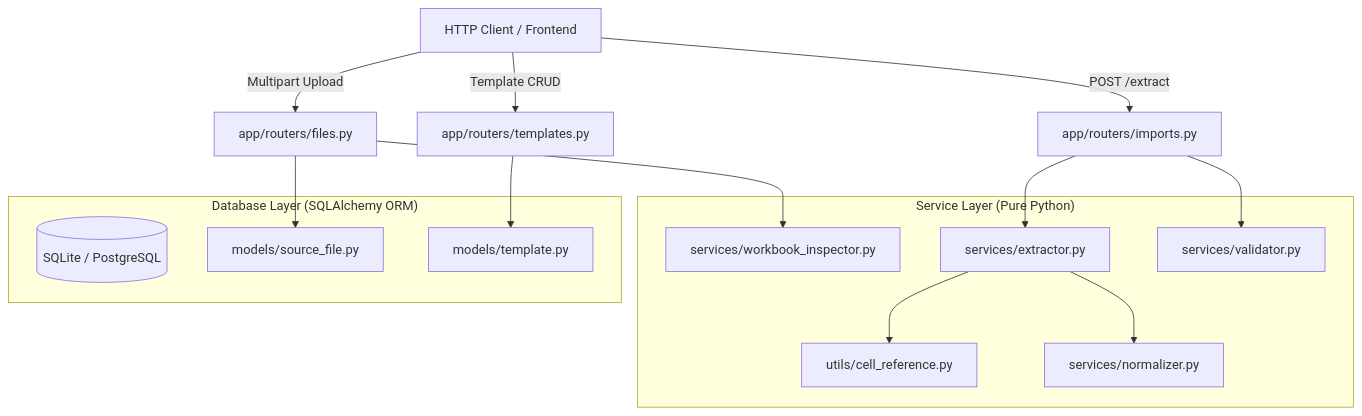
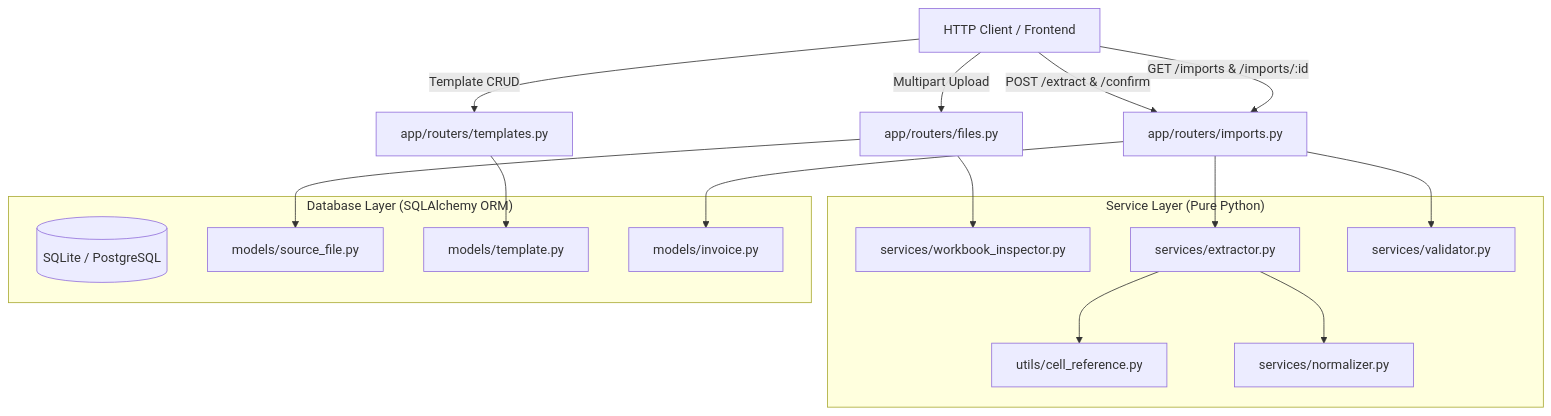
Before and after one commit to yewzhihao3/DataBridge: the first of 2 diagrams in README.md, drawn with Mermaid. The commit also changed other lines of this file and 6 other files, not shown here.

````diff
--- a/README.md
+++ b/README.md
@@ -84,28 +91,31 @@
 ```mermaid
 flowchart TD
     Client["HTTP Client / Frontend"] -->|Multipart Upload| RouterFiles["app/routers/files.py"]
     Client -->|Template CRUD| RouterTemplates["app/routers/templates.py"]
-    Client -->|POST /extract| RouterImports["app/routers/imports.py"]
+    Client -->|POST /extract & /confirm| RouterImports["app/routers/imports.py"]
+    Client -->|GET /imports & /imports/:id| RouterImports
 
     subgraph ServiceLayer["Service Layer (Pure Python)"]
         Inspector["services/workbook_inspector.py"]
         CellRef["utils/cell_reference.py"]
         Extractor["services/extractor.py"]
         Normalizer["services/normalizer.py"]
         Validator["services/validator.py"]
     end
 
     subgraph DatabaseLayer["Database Layer (SQLAlchemy ORM)"]
         DB[("SQLite / PostgreSQL")]
         ModelSourceFile["models/source_file.py"]
         ModelTemplate["models/template.py"]
+        ModelInvoice["models/invoice.py"]
     end
 
     RouterFiles --> Inspector
     RouterFiles --> ModelSourceFile
     RouterTemplates --> ModelTemplate
     RouterImports --> Extractor
     Extractor --> CellRef
     Extractor --> Normalizer
     RouterImports --> Validator
+    RouterImports --> ModelInvoice
 ```
````
